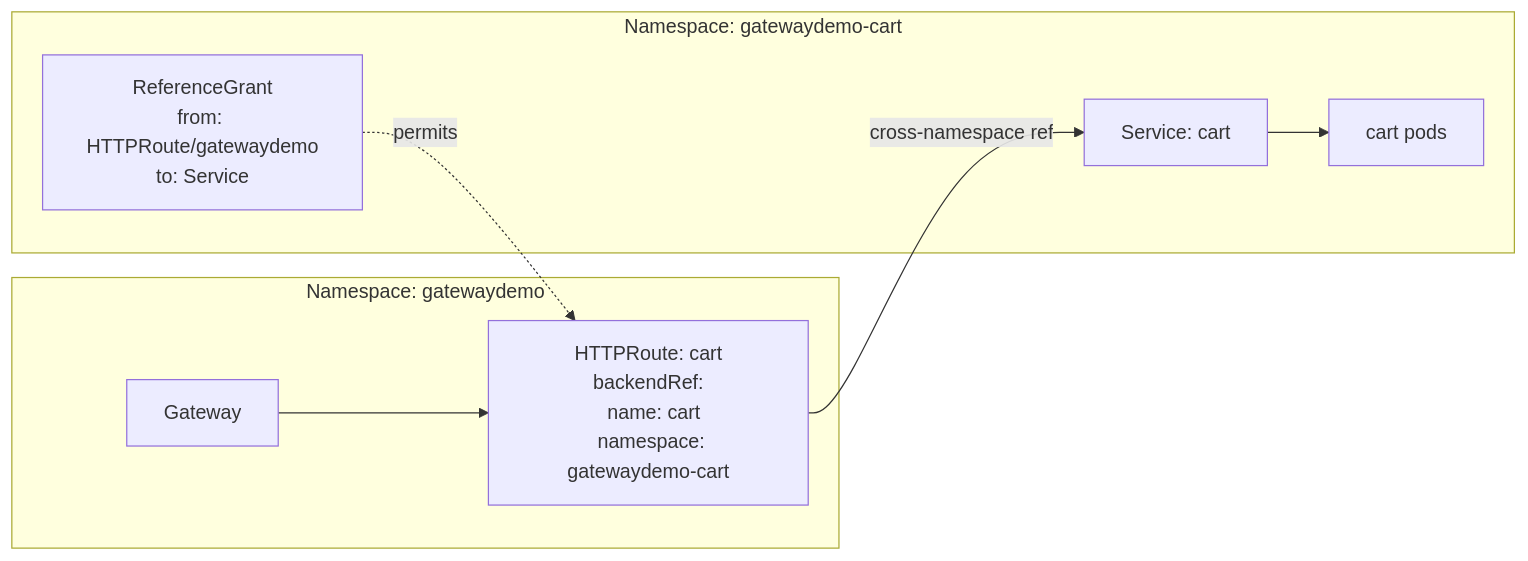
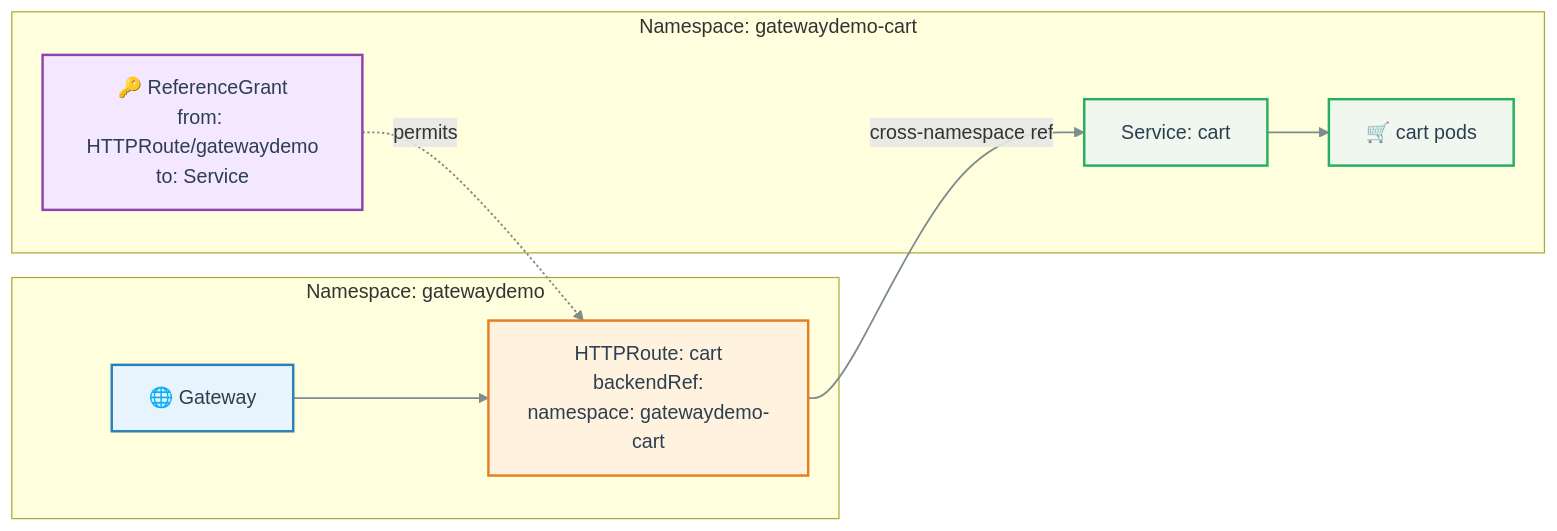
Before and after one commit to DKT-AI/gateway-api-migration-demo: the fourth of 5 diagrams in docs/labs/lab-03-demo-scenarios.md, drawn with Mermaid. The commit also changed other lines of this file and 4 other files, not shown here.

First line of the commit message:
Style all mermaid diagrams with ocean palette for GitHub

````diff
--- a/docs/labs/lab-03-demo-scenarios.md
+++ b/docs/labs/lab-03-demo-scenarios.md
@@ -186,18 +200,29 @@
 ```mermaid
-graph LR
-    subgraph "Namespace: gatewaydemo"
-        GW["Gateway"]
-        HR["HTTPRoute: cart<br/>backendRef:<br/>  name: cart<br/>  namespace: gatewaydemo-cart"]
+flowchart LR
+    subgraph NSMain["Namespace: gatewaydemo"]
+        GW["🌐 Gateway"]
+        HR["HTTPRoute: cart<br/>backendRef:<br/>namespace: gatewaydemo-cart"]
     end
 
-    subgraph "Namespace: gatewaydemo-cart"
-        RG["ReferenceGrant<br/>from: HTTPRoute/gatewaydemo<br/>to: Service"]
+    subgraph NSCart["Namespace: gatewaydemo-cart"]
+        RG["🔑 ReferenceGrant<br/>from: HTTPRoute/gatewaydemo<br/>to: Service"]
         SVC["Service: cart"]
-        POD["cart pods"]
+        POD["🛒 cart pods"]
     end
 
     GW --> HR
     HR -->|"cross-namespace ref"| SVC
     RG -.->|"permits"| HR
     SVC --> POD
+
+    classDef primary fill:#E8F4FD,stroke:#2980B9,stroke-width:2px,color:#2C3E50
+    classDef secondary fill:#F0F7EE,stroke:#27AE60,stroke-width:2px,color:#2C3E50
+    classDef accent fill:#FFF3E0,stroke:#E67E22,stroke-width:2px,color:#2C3E50
+    classDef tertiary fill:#F3E8FF,stroke:#8E44AD,stroke-width:2px,color:#2C3E50
+    linkStyle default stroke:#7F8C8D,stroke-width:1.5px
+
+    class GW primary
+    class HR accent
+    class RG tertiary
+    class SVC,POD secondary
 ```
````
